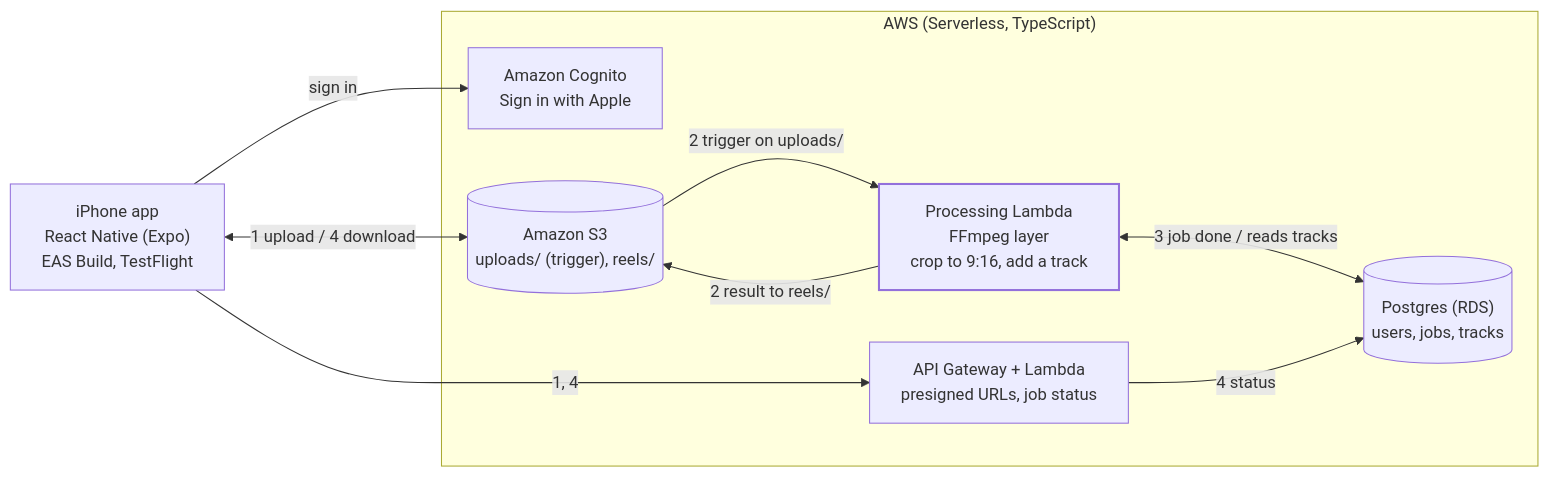
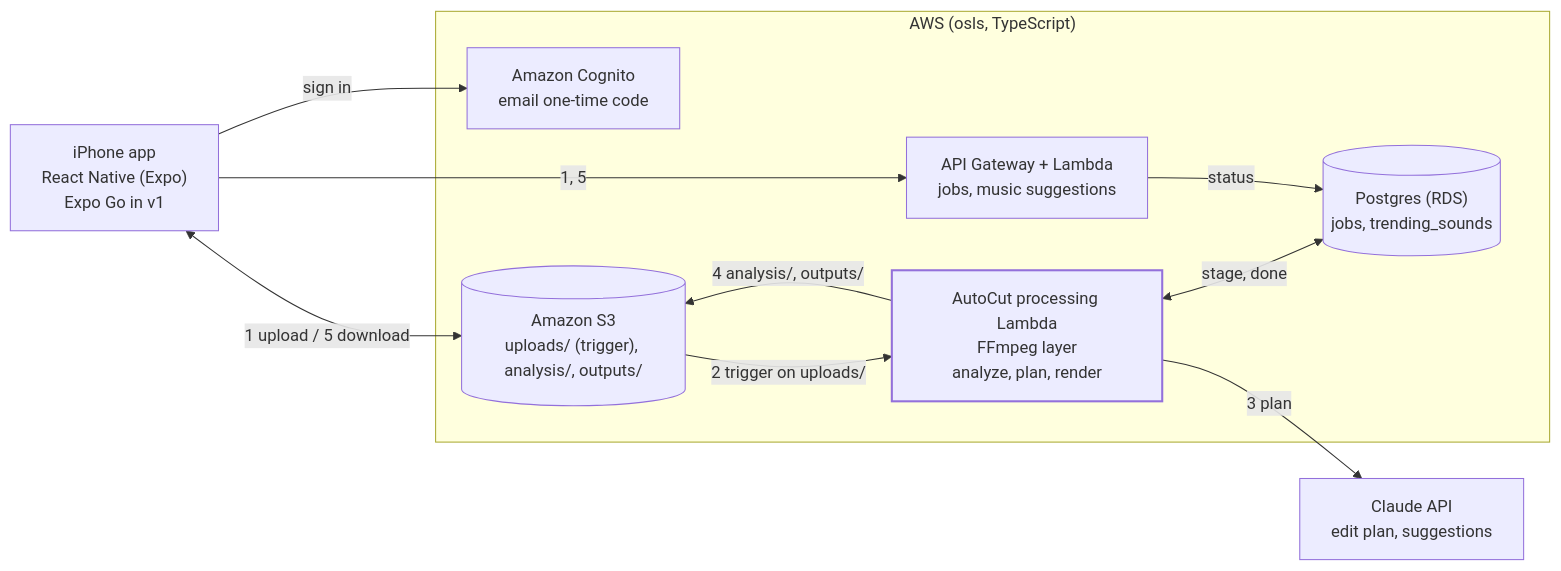
Before and after one commit to carinyperez/natalie-bot: the diagram in docs/architecture.md, drawn with Mermaid. The commit also changed other lines of this file, not shown here.

Commit message:
Rewrite the architecture doc for AutoCut

````diff
--- a/docs/architecture.md
+++ b/docs/architecture.md
@@ -5,23 +7,26 @@
 ```mermaid
 flowchart LR
-    app["iPhone app<br/>React Native (Expo)<br/>EAS Build, TestFlight"]
+    app["iPhone app<br/>React Native (Expo)<br/>Expo Go in v1"]
 
-    subgraph aws["AWS (Serverless, TypeScript)"]
-        cognito["Amazon Cognito<br/>Sign in with Apple"]
-        api["API Gateway + Lambda<br/>presigned URLs, job status"]
-        s3[("Amazon S3<br/>uploads/ (trigger), reels/")]
-        proc["Processing Lambda<br/>FFmpeg layer<br/>crop to 9:16, add a track"]
-        db[("Postgres (RDS)<br/>users, jobs, tracks")]
+    subgraph aws["AWS (osls, TypeScript)"]
+        cognito["Amazon Cognito<br/>email one-time code"]
+        api["API Gateway + Lambda<br/>jobs, music suggestions"]
+        s3[("Amazon S3<br/>uploads/ (trigger), analysis/, outputs/")]
+        proc["AutoCut processing Lambda<br/>FFmpeg layer<br/>analyze, plan, render"]
+        db[("Postgres (RDS)<br/>jobs, trending_sounds")]
     end
 
+    claude["Claude API<br/>edit plan, suggestions"]
+
     app -->|sign in| cognito
-    app -->|"1, 4"| api
-    app <-->|"1 upload / 4 download"| s3
+    app -->|"1, 5"| api
+    app <-->|"1 upload / 5 download"| s3
     s3 -->|"2 trigger on uploads/"| proc
-    proc -->|"2 result to reels/"| s3
-    proc <-->|"3 job done / reads tracks"| db
-    api -->|"4 status"| db
+    proc -->|"3 plan"| claude
+    proc -->|"4 analysis/, outputs/"| s3
+    proc <-->|"stage, done"| db
+    api -->|"status"| db
 
     classDef main stroke-width:2px
     class proc main
 ```
````
